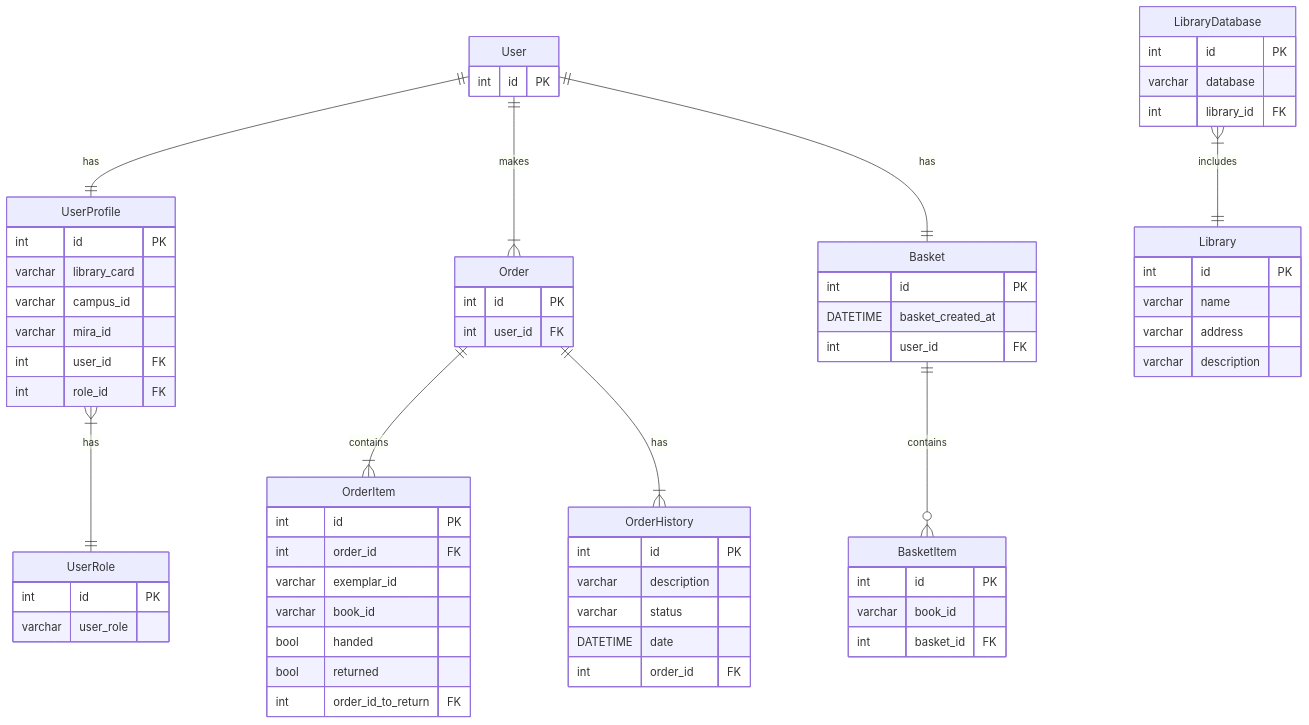
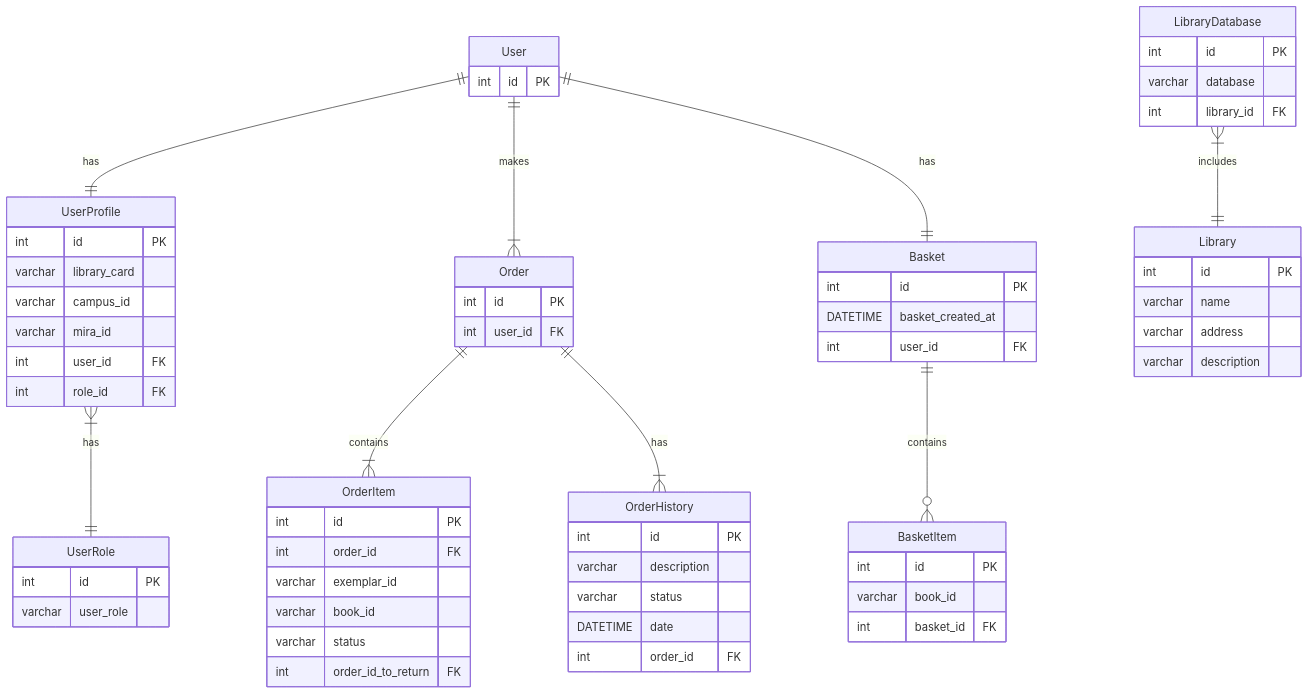
Before and after one commit to nnn1ki/library-online: the second of 2 diagrams in README.md, drawn with Mermaid. The commit also changed 7 other files, not shown here.

````diff
--- a/README.md
+++ b/README.md
@@ -32,78 +32,77 @@
 ```mermaid
 erDiagram
     User ||--|| UserProfile : has
     User ||--|{ Order : makes
     User ||--|| Basket : has
     UserProfile }|--|| UserRole : has
     Order ||--|{ OrderItem : contains
     Order ||--|{ OrderHistory : has
     Basket ||--o{ BasketItem : contains
     
     LibraryDatabase }|--|| Library : includes
     
     User { 
       int id PK 
     }
 
     UserProfile {
       int id PK 
       varchar library_card
       varchar campus_id 
       varchar mira_id
       int user_id FK
       int role_id FK
     }
 
     UserRole {
         int id PK
         varchar user_role 
     }
     
     Basket {
         int id PK 
         DATETIME basket_created_at 
         int user_id FK
     }
 
     BasketItem {
         int id PK
         varchar book_id
         int basket_id FK
     }
 
     Order {
         int id PK  
         int user_id FK
     }
 
     OrderHistory {
         int id PK
         varchar description
         varchar status
         DATETIME date
         int order_id FK 
     }
 
     OrderItem {
         int id PK
         int order_id FK
         varchar exemplar_id
         varchar book_id
-        bool handed
-        bool returned
+        varchar status
         int order_id_to_return FK
     }
 
     Library {
         int id PK
         varchar name
         varchar address
         varchar description
     }
 
     LibraryDatabase {
         int id PK
         varchar database
         int library_id FK
     }
 ```
````
